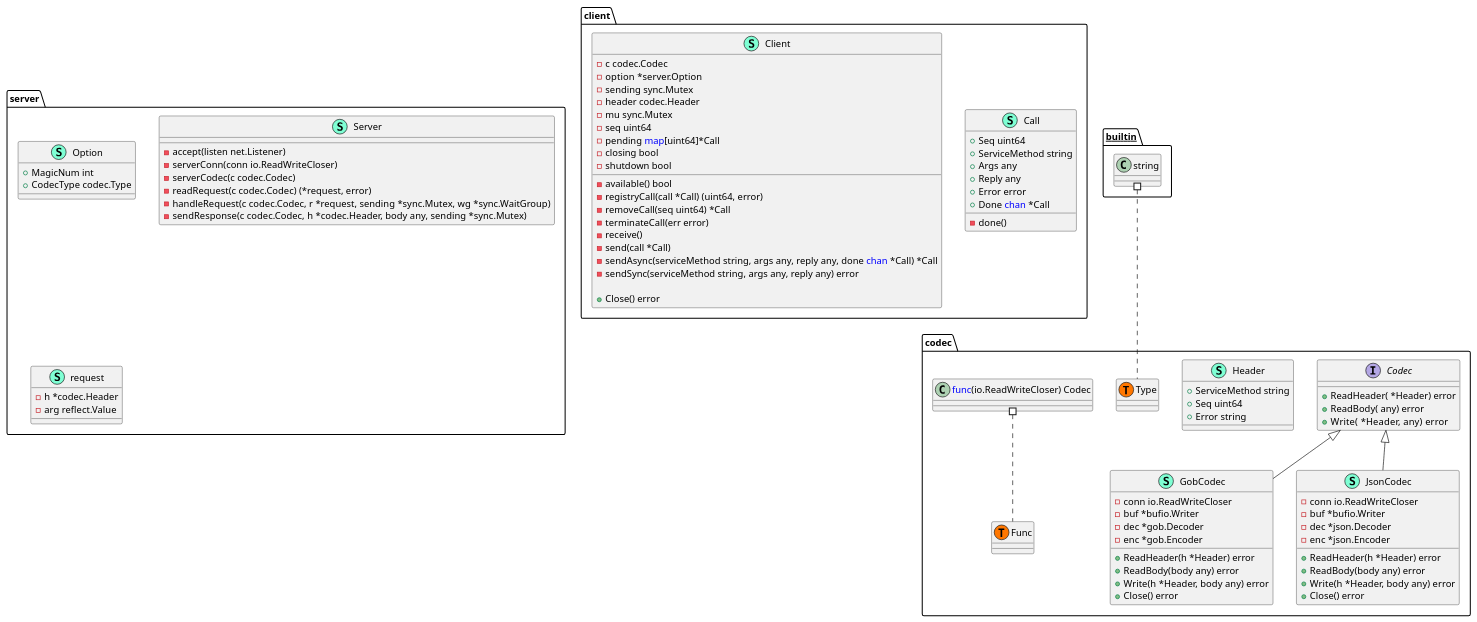
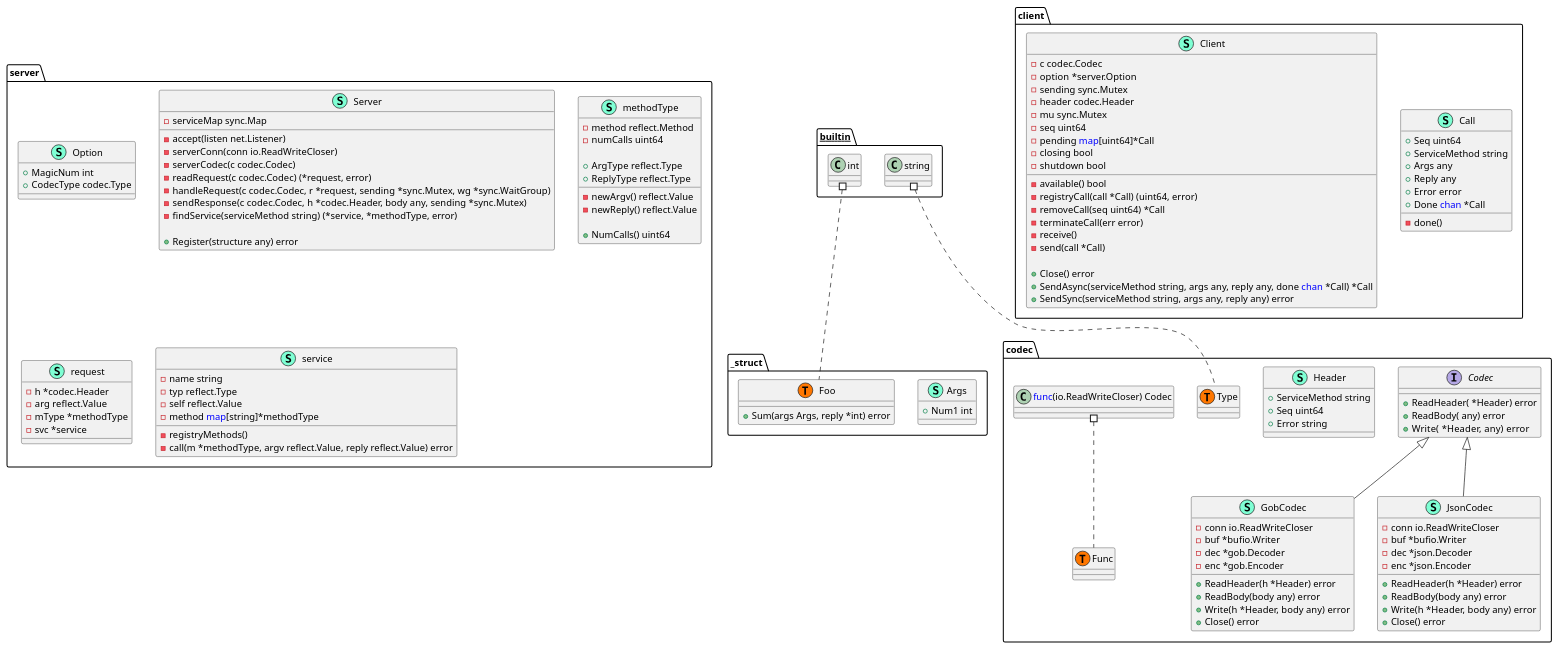
Before and after one commit to xiaokexiang/go-rpc-demo: the diagram in go-rpc.puml, drawn with PlantUML. The commit also changed 6 other files, not shown here.

```diff
--- a/go-rpc.puml
+++ b/go-rpc.puml
@@ -1,114 +1,159 @@
 @startuml
+namespace _struct {
+    class Args << (S,Aquamarine) >> {
+        + Num1 int
+
+    }
+    class Foo << (S,Aquamarine) >> {
+        + Sum(args Args, reply *int) error
+
+    }
+    class _struct.Foo << (T, #FF7700) >>  {
+    }
+}
+
+
 namespace client {
     class Call << (S,Aquamarine) >> {
         + Seq uint64
         + ServiceMethod string
         + Args any
         + Reply any
         + Error error
         + Done <font color=blue>chan</font> *Call
 
         - done() 
 
     }
     class Client << (S,Aquamarine) >> {
         - c codec.Codec
         - option *server.Option
         - sending sync.Mutex
         - header codec.Header
         - mu sync.Mutex
         - seq uint64
         - pending <font color=blue>map</font>[uint64]*Call
         - closing bool
         - shutdown bool
 
         - available() bool
         - registryCall(call *Call) (uint64, error)
         - removeCall(seq uint64) *Call
         - terminateCall(err error) 
         - receive() 
         - send(call *Call) 
-        - sendAsync(serviceMethod string, args any, reply any, done <font color=blue>chan</font> *Call) *Call
-        - sendSync(serviceMethod string, args any, reply any) error
 
         + Close() error
+        + SendAsync(serviceMethod string, args any, reply any, done <font color=blue>chan</font> *Call) *Call
+        + SendSync(serviceMethod string, args any, reply any) error
 
     }
 }
 
 
 namespace codec {
     interface Codec  {
         + ReadHeader( *Header) error
         + ReadBody( any) error
         + Write( *Header,  any) error
 
     }
     class GobCodec << (S,Aquamarine) >> {
         - conn io.ReadWriteCloser
         - buf *bufio.Writer
         - dec *gob.Decoder
         - enc *gob.Encoder
 
         + ReadHeader(h *Header) error
         + ReadBody(body any) error
         + Write(h *Header, body any) error
         + Close() error
 
     }
     class Header << (S,Aquamarine) >> {
         + ServiceMethod string
         + Seq uint64
         + Error string
 
     }
     class JsonCodec << (S,Aquamarine) >> {
         - conn io.ReadWriteCloser
         - buf *bufio.Writer
         - dec *json.Decoder
         - enc *json.Encoder
 
         + ReadHeader(h *Header) error
         + ReadBody(body any) error
         + Write(h *Header, body any) error
         + Close() error
 
     }
     class codec.Func << (T, #FF7700) >>  {
     }
     class codec.Type << (T, #FF7700) >>  {
     }
     class "<font color=blue>func</font>(io.ReadWriteCloser) Codec" as fontcolorbluefuncfontioReadWriteCloserCodec {
         'This class was created so that we can correctly have an alias pointing to this name. Since it contains dots that can break namespaces
     }
 }
 
 "codec.Codec" <|-- "codec.GobCodec"
 "codec.Codec" <|-- "codec.JsonCodec"
 
 namespace server {
     class Option << (S,Aquamarine) >> {
         + MagicNum int
         + CodecType codec.Type
 
     }
     class Server << (S,Aquamarine) >> {
+        - serviceMap sync.Map
+
         - accept(listen net.Listener) 
         - serverConn(conn io.ReadWriteCloser) 
         - serverCodec(c codec.Codec) 
         - readRequest(c codec.Codec) (*request, error)
         - handleRequest(c codec.Codec, r *request, sending *sync.Mutex, wg *sync.WaitGroup) 
         - sendResponse(c codec.Codec, h *codec.Header, body any, sending *sync.Mutex) 
+        - findService(serviceMethod string) (*service, *methodType, error)
+
+        + Register(structure any) error
+
+    }
+    class methodType << (S,Aquamarine) >> {
+        - method reflect.Method
+        - numCalls uint64
+
+        + ArgType reflect.Type
+        + ReplyType reflect.Type
+
+        - newArgv() reflect.Value
+        - newReply() reflect.Value
+
+        + NumCalls() uint64
 
     }
     class request << (S,Aquamarine) >> {
         - h *codec.Header
         - arg reflect.Value
+        - mType *methodType
+        - svc *service
+
+    }
+    class service << (S,Aquamarine) >> {
+        - name string
+        - typ reflect.Type
+        - self reflect.Value
+        - method <font color=blue>map</font>[string]*methodType
+
+        - registryMethods() 
+        - call(m *methodType, argv reflect.Value, reply reflect.Value) error
 
     }
 }
 
 
+"__builtin__.int" #.. "_struct.Foo"
 "__builtin__.string" #.. "codec.Type"
 "codec.fontcolorbluefuncfontioReadWriteCloserCodec" #.. "codec.Func"
 @enduml
```
